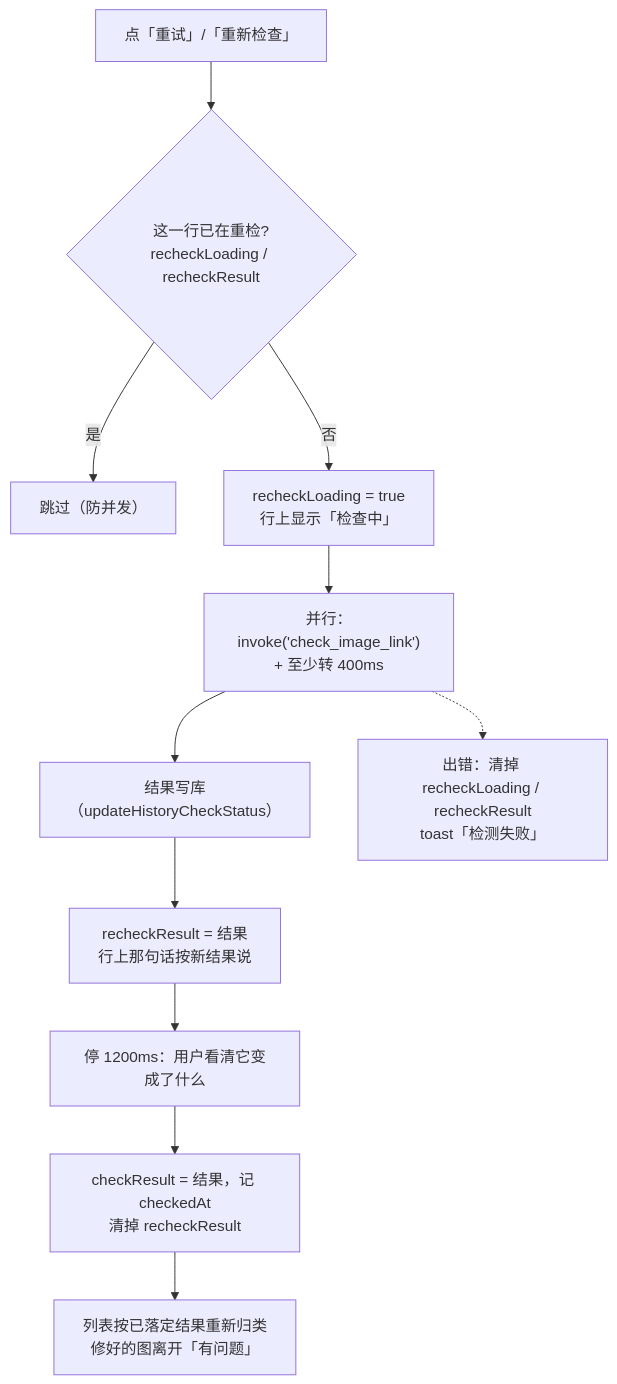
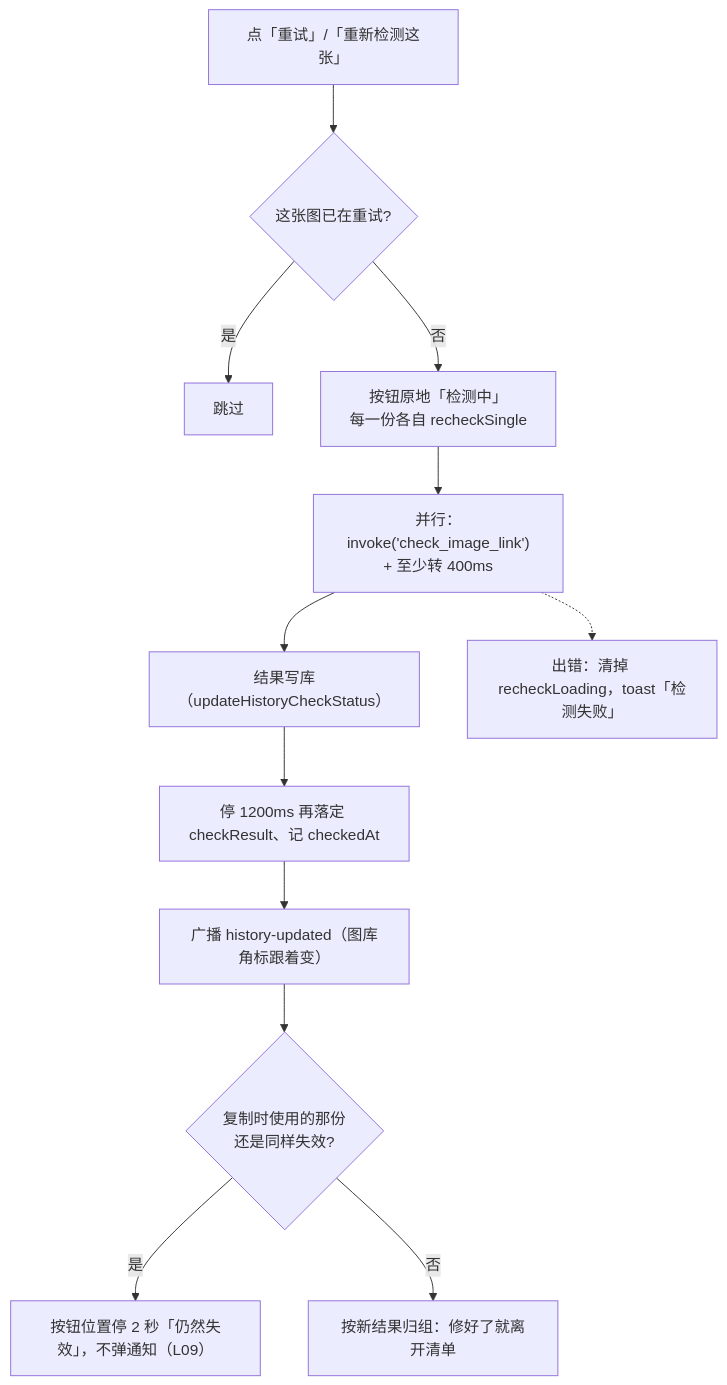
Before and after one commit to joeyliu6/PicNexus: the second of 5 diagrams in docs/flows/link-check-flow.md, drawn with Mermaid. The commit also changed other lines of this file and 11 other files, not shown here.

First line of the commit message:
docs(flows): describe 链接健康's repair, supplement backup and health model

````diff
--- a/docs/flows/link-check-flow.md
+++ b/docs/flows/link-check-flow.md
@@ -160,13 +160,14 @@
 ```mermaid
 flowchart TD
-    A["点「重试」/「重新检查」"] --> B{这一行已在重检?<br/>recheckLoading / recheckResult}
-    B -- 是 --> B1["跳过（防并发）"]
-    B -- 否 --> C["recheckLoading = true<br/>行上显示「检查中」"]
+    A["点「重试」/「重新检测这张」"] --> B{这张图已在重试?}
+    B -- 是 --> B1["跳过"]
+    B -- 否 --> C["按钮原地「检测中」<br/>每一份各自 recheckSingle"]
     C --> D["并行：invoke('check_image_link')<br/>+ 至少转 400ms"]
     D --> E["结果写库（updateHistoryCheckStatus）"]
-    E --> F["recheckResult = 结果<br/>行上那句话按新结果说"]
-    F --> G["停 1200ms：用户看清它变成了什么"]
-    G --> H["checkResult = 结果，记 checkedAt<br/>清掉 recheckResult"]
-    H --> I["列表按已落定结果重新归类<br/>修好的图离开「有问题」"]
-    D -.-> ERR["出错：清掉 recheckLoading / recheckResult<br/>toast「检测失败」"]
+    E --> F["停 1200ms 再落定 checkResult、记 checkedAt"]
+    F --> G["广播 history-updated（图库角标跟着变）"]
+    G --> H{复制时使用的那份<br/>还是同样失效?}
+    H -- 是 --> H1["按钮位置停 2 秒「仍然失效」，不弹通知（L09）"]
+    H -- 否 --> H2["按新结果归组：修好了就离开清单"]
+    D -.-> ERR["出错：清掉 recheckLoading，toast「检测失败」"]
 ```
````
